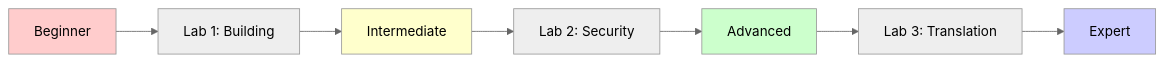
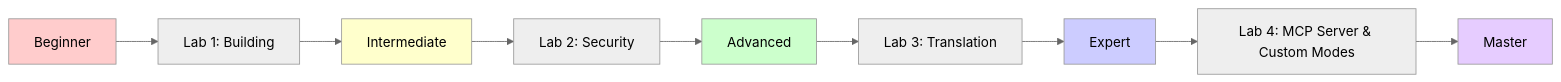
One commit to MEA-Watsonx-bootcamp-IBM/Bob-Client-Bootcamp changed the eighth of 8 diagrams in LAB_OVERVIEW.md. Above: the diagram before and after it, drawn with Mermaid (neutral theme). The commit also changed other lines of this file, not shown here.

First line of the commit message:
Update LAB_OVERVIEW with Lab 4 details

````diff
--- a/LAB_OVERVIEW.md
+++ b/LAB_OVERVIEW.md
@@ -381,14 +381,17 @@
 ```mermaid
 graph LR
     A[Beginner] --> B[Lab 1: Building]
     B --> C[Intermediate]
     C --> D[Lab 2: Security]
     D --> E[Advanced]
     E --> F[Lab 3: Translation]
     F --> G[Expert]
-    
+    G --> H[Lab 4: MCP Server & Custom Modes]
+    H --> I[Master]
+
     style A fill:#ffcccc
     style C fill:#ffffcc
     style E fill:#ccffcc
     style G fill:#ccccff
+    style I fill:#e6ccff
 ```
````
